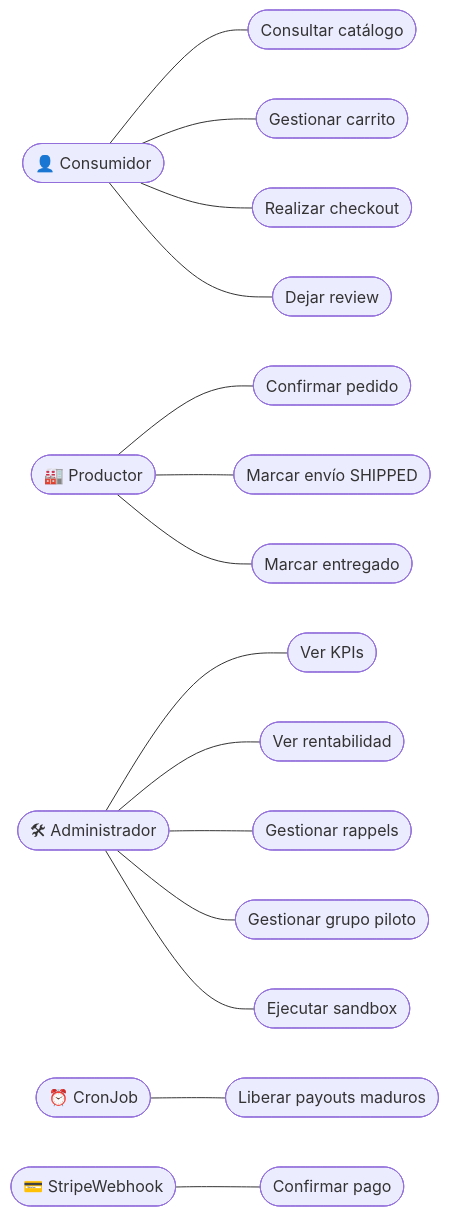
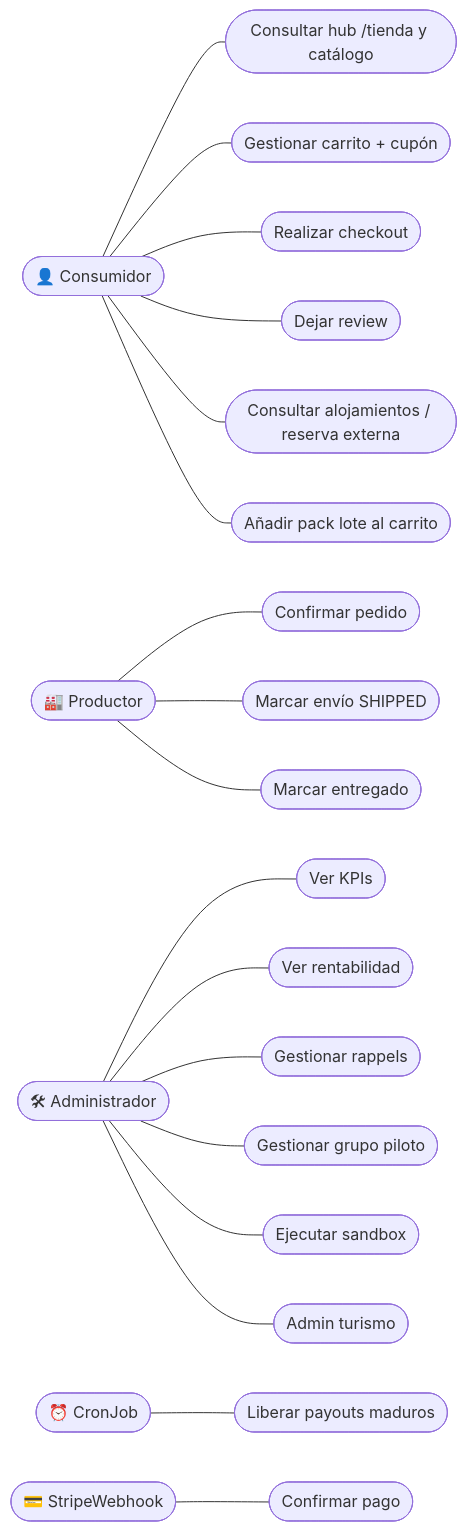
One commit to gracobjo/culebra changed the second of 7 diagrams in docs/Requisitos_Funcionales_NoFuncionales_UseCases_UML.md. Above: the diagram before and after it, drawn with Mermaid. The commit also changed other lines of this file and 15 other files, not shown here.

First line of the commit message:
docs: turismo/tienda en manuales y requisitos; procedencia Sanabria-Carballeda.

````diff
--- a/docs/Requisitos_Funcionales_NoFuncionales_UseCases_UML.md
+++ b/docs/Requisitos_Funcionales_NoFuncionales_UseCases_UML.md
@@ -300,44 +401,50 @@
 ```mermaid
 flowchart LR
   %% Actores
   Consumidor(["👤 Consumidor"])
   Productor(["🏭 Productor"])
   Admin(["🛠 Administrador"])
   Cron(["⏰ CronJob"])
   Stripe(["💳 StripeWebhook"])
 
   %% Casos de uso (elipses)
-  UC01(["Consultar catálogo"])
-  UC02(["Gestionar carrito"])
+  UC01(["Consultar hub /tienda y catálogo"])
+  UC02(["Gestionar carrito + cupón"])
   UC03(["Realizar checkout"])
   UC04(["Dejar review"])
   UC05(["Confirmar pedido"])
   UC06(["Marcar envío SHIPPED"])
   UC07(["Marcar entregado"])
   UC08(["Ver KPIs"])
   UC09(["Ver rentabilidad"])
   UC10(["Gestionar rappels"])
   UC11(["Gestionar grupo piloto"])
   UC12(["Ejecutar sandbox"])
   UC13(["Confirmar pago"])
   UC14(["Liberar payouts maduros"])
+  UC15(["Consultar alojamientos / reserva externa"])
+  UC16(["Añadir pack lote al carrito"])
+  UC17(["Admin turismo"])
 
   %% Relaciones
   Consumidor --- UC01
   Consumidor --- UC02
   Consumidor --- UC03
   Consumidor --- UC04
+  Consumidor --- UC15
+  Consumidor --- UC16
 
   Productor --- UC05
   Productor --- UC06
   Productor --- UC07
 
   Admin --- UC08
   Admin --- UC09
   Admin --- UC10
   Admin --- UC11
   Admin --- UC12
+  Admin --- UC17
 
   Stripe --- UC13
   Cron   --- UC14
 ```
````
